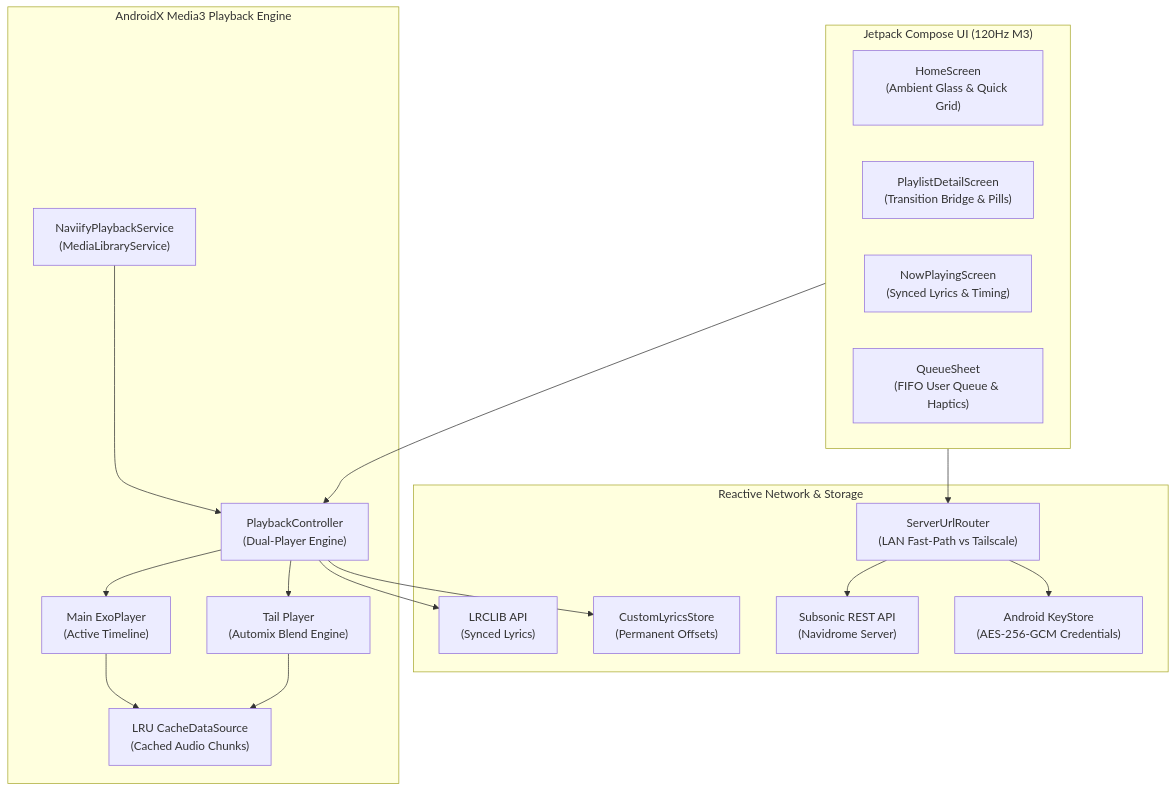
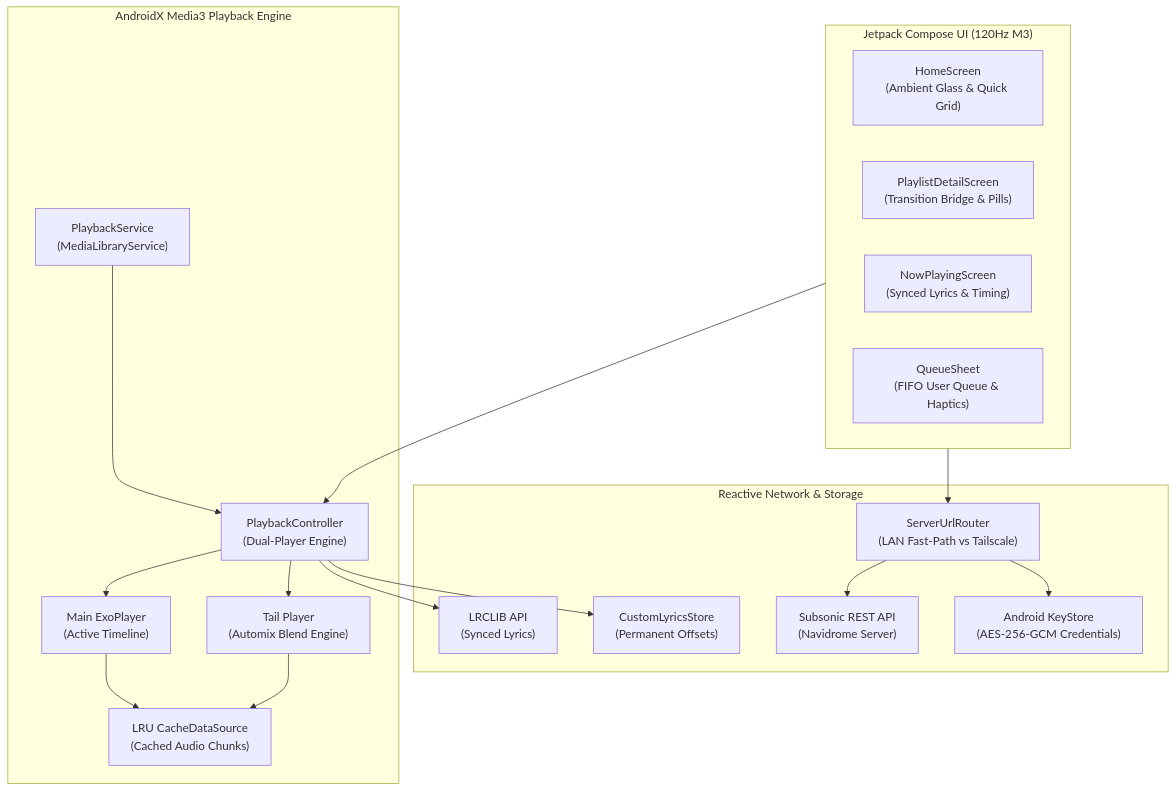
Before and after one commit to hamzaelkachtaf4-star/asays: the diagram in README.md, drawn with Mermaid. The commit also changed other lines of this file and 14 other files, not shown here.

````diff
--- a/README.md
+++ b/README.md
@@ -101,38 +113,38 @@
 ```mermaid
 graph TD
     subgraph UI["Jetpack Compose UI (120Hz M3)"]
         HomeScreen["HomeScreen<br>(Ambient Glass & Quick Grid)"]
         PlaylistScreen["PlaylistDetailScreen<br>(Transition Bridge & Pills)"]
         NowPlaying["NowPlayingScreen<br>(Synced Lyrics & Timing)"]
         QueueSheet["QueueSheet<br>(FIFO User Queue & Haptics)"]
     end
 
     subgraph AudioEngine["AndroidX Media3 Playback Engine"]
-        Service["NaviifyPlaybackService<br>(MediaLibraryService)"]
+        Service["PlaybackService<br>(MediaLibraryService)"]
         Controller["PlaybackController<br>(Dual-Player Engine)"]
         ExoMain["Main ExoPlayer<br>(Active Timeline)"]
         ExoTail["Tail Player<br>(Automix Blend Engine)"]
         Cache["LRU CacheDataSource<br>(Cached Audio Chunks)"]
         
         Service --> Controller
         Controller --> ExoMain
         Controller --> ExoTail
         ExoMain --> Cache
         ExoTail --> Cache
     end
 
     subgraph Network["Reactive Network & Storage"]
         Router["ServerUrlRouter<br>(LAN Fast-Path vs Tailscale)"]
         Subsonic["Subsonic REST API<br>(Navidrome Server)"]
         Lrclib["LRCLIB API<br>(Synced Lyrics)"]
         KeyStore["Android KeyStore<br>(AES-256-GCM Credentials)"]
         LyricsStore["CustomLyricsStore<br>(Permanent Offsets)"]
     end
 
     UI --> Controller
     UI --> Router
     Router --> Subsonic
     Controller --> Lrclib
     Controller --> LyricsStore
     Router --> KeyStore
 ```
````
